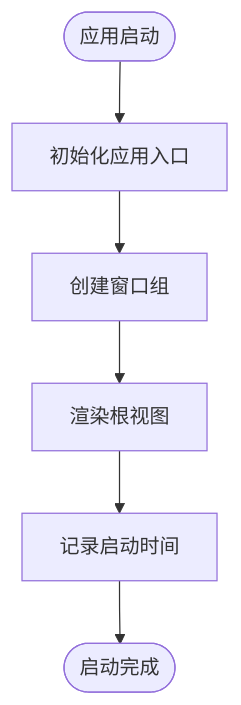
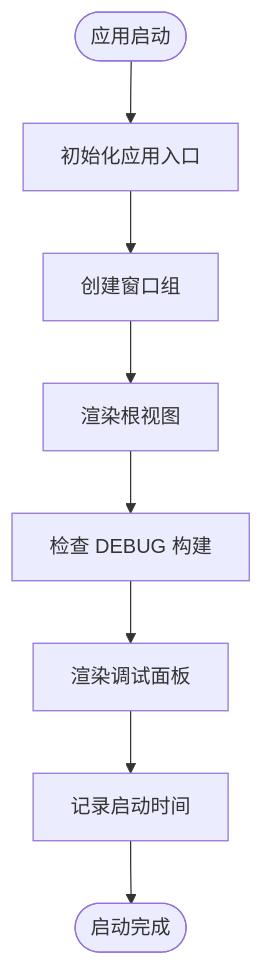
One commit to Jayden23018/blind-run-ios changed the third of 8 diagrams in .qoder/repowiki/zh/content/开发指南/调试与性能优化.md. Above: the diagram before and after it, drawn with Mermaid. The commit also changed other lines of this file and 24 other files, not shown here.

````diff
--- a/.qoder/repowiki/zh/content/开发指南/调试与性能优化.md
+++ b/.qoder/repowiki/zh/content/开发指南/调试与性能优化.md
@@ -122,8 +148,10 @@
 ```mermaid
 flowchart TD
 Start(["应用启动"]) --> InitApp["初始化应用入口"]
 InitApp --> CreateScene["创建窗口组"]
 CreateScene --> RenderRoot["渲染根视图"]
-RenderRoot --> Measure["记录启动时间"]
+RenderRoot --> CheckDebug["检查 DEBUG 构建"]
+CheckDebug --> RenderDebugPanel["渲染调试面板"]
+RenderDebugPanel --> Measure["记录启动时间"]
 Measure --> End(["启动完成"])
 ```
````
